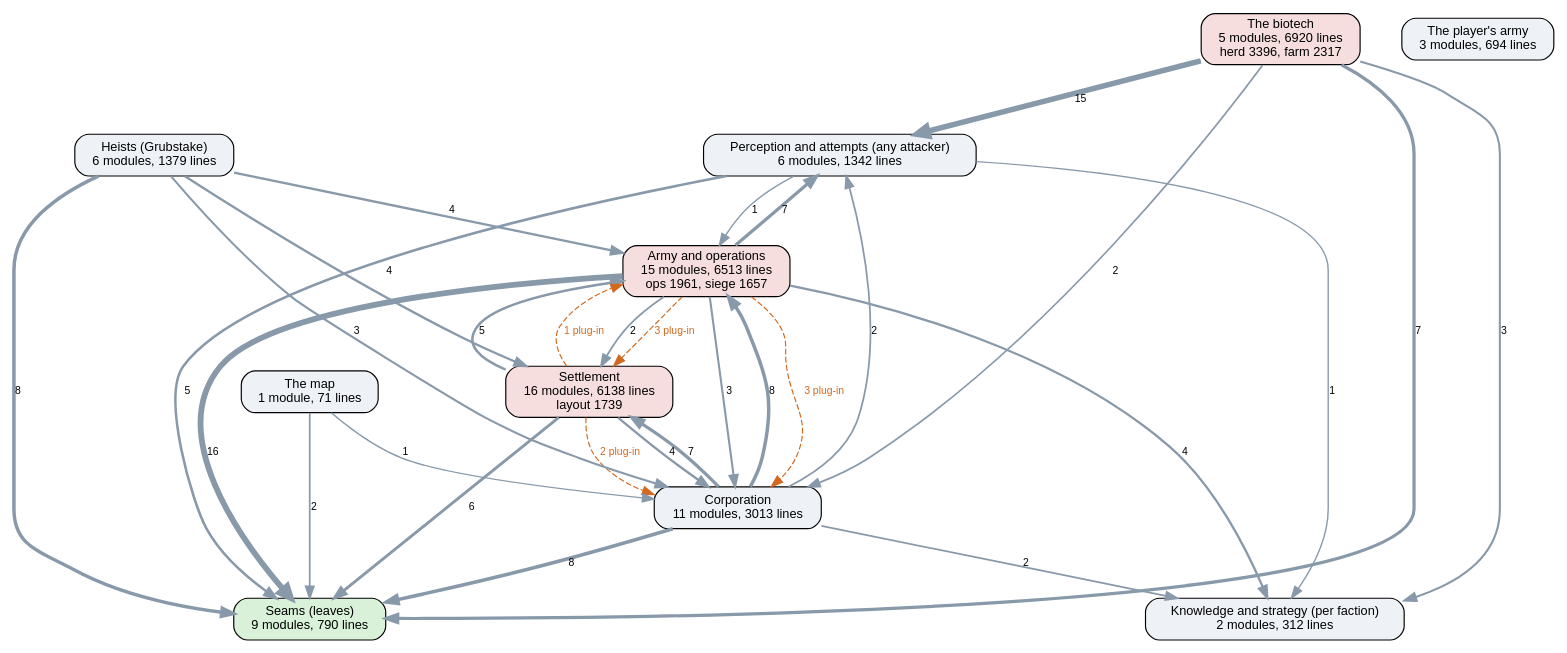
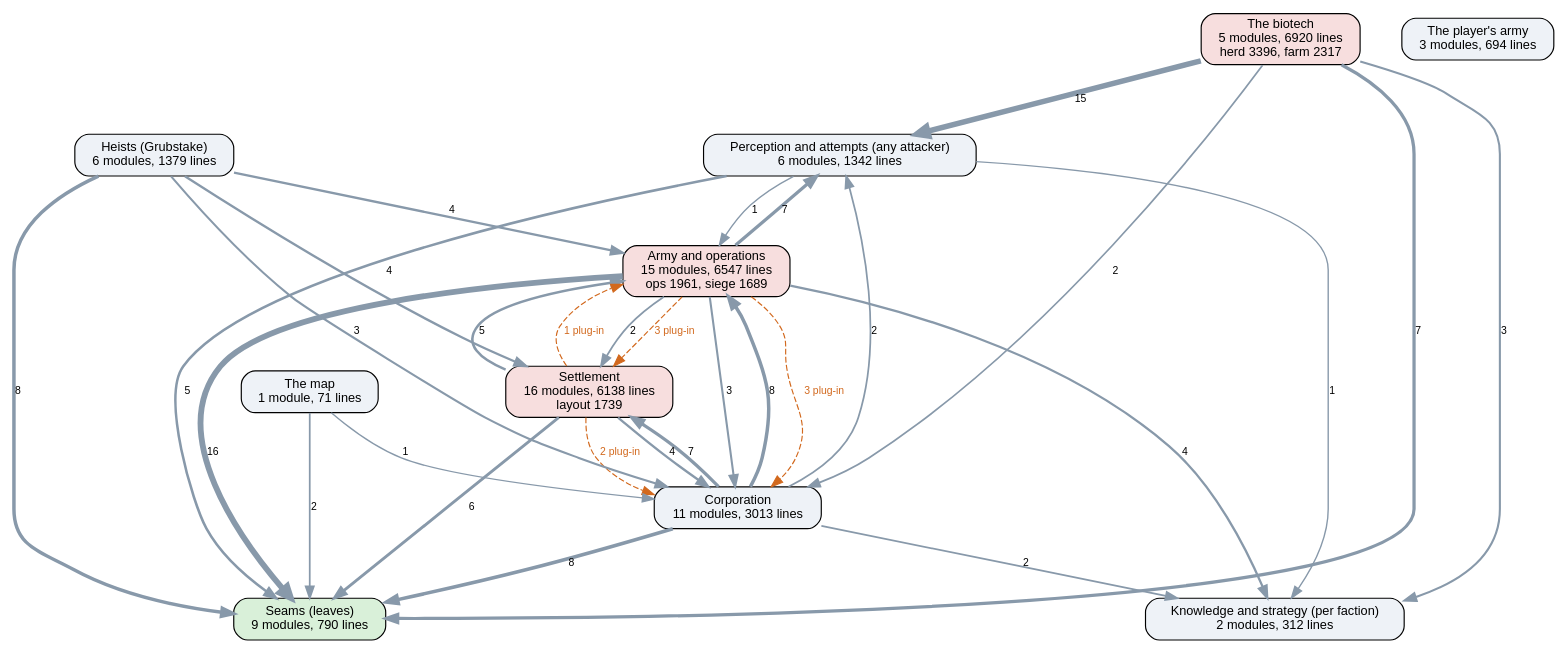
The diagram in docs/ai-layers.dot (kinelhu/landing-party), drawn with Graphviz before and after one commit. The commit also changed 10 other files, not shown here.

```diff
--- a/docs/ai-layers.dot
+++ b/docs/ai-layers.dot
@@ -1,45 +1,45 @@
 digraph layers {
   graph [rankdir=TB, fontname="Helvetica", nodesep=0.5, ranksep=0.7];
   node [shape=box, style="rounded,filled", fontname="Helvetica", fontsize=11, fillcolor="#eef2f7"];
   edge [color="#8899aa", fontname="Helvetica", fontsize=9];
   "Seams (leaves)" [label="Seams (leaves)\n9 modules, 790 lines", fillcolor="#d9f0d9"];
   "Perception and attempts (any attacker)" [label="Perception and attempts (any attacker)\n6 modules, 1342 lines", fillcolor="#eef2f7"];
   "Knowledge and strategy (per faction)" [label="Knowledge and strategy (per faction)\n2 modules, 312 lines", fillcolor="#eef2f7"];
   "Corporation" [label="Corporation\n11 modules, 3013 lines", fillcolor="#eef2f7"];
   "Settlement" [label="Settlement\n16 modules, 6138 lines\nlayout 1739", fillcolor="#f7dede"];
-  "Army and operations" [label="Army and operations\n15 modules, 6513 lines\nops 1961, siege 1657", fillcolor="#f7dede"];
+  "Army and operations" [label="Army and operations\n15 modules, 6547 lines\nops 1961, siege 1689", fillcolor="#f7dede"];
   "Heists (Grubstake)" [label="Heists (Grubstake)\n6 modules, 1379 lines", fillcolor="#eef2f7"];
   "The biotech" [label="The biotech\n5 modules, 6920 lines\nherd 3396, farm 2317", fillcolor="#f7dede"];
   "The map" [label="The map\n1 module, 71 lines", fillcolor="#eef2f7"];
   "The player's army" [label="The player's army\n3 modules, 694 lines", fillcolor="#eef2f7"];
   "Army and operations" -> "Corporation" [label="3", penwidth=1.8];
   "Army and operations" -> "Knowledge and strategy (per faction)" [label="4", penwidth=2.0];
   "Army and operations" -> "Perception and attempts (any attacker)" [label="7", penwidth=2.8];
   "Army and operations" -> "Seams (leaves)" [label="16", penwidth=5.0];
   "Army and operations" -> "Settlement" [label="2", penwidth=1.5];
   "Corporation" -> "Army and operations" [label="8", penwidth=3.0];
   "Corporation" -> "Knowledge and strategy (per faction)" [label="2", penwidth=1.5];
   "Corporation" -> "Perception and attempts (any attacker)" [label="2", penwidth=1.5];
   "Corporation" -> "Seams (leaves)" [label="8", penwidth=3.0];
   "Corporation" -> "Settlement" [label="7", penwidth=2.8];
   "Heists (Grubstake)" -> "Army and operations" [label="4", penwidth=2.0];
   "Heists (Grubstake)" -> "Corporation" [label="3", penwidth=1.8];
   "Heists (Grubstake)" -> "Seams (leaves)" [label="8", penwidth=3.0];
   "Heists (Grubstake)" -> "Settlement" [label="4", penwidth=2.0];
   "Perception and attempts (any attacker)" -> "Army and operations" [label="1", penwidth=1.2];
   "Perception and attempts (any attacker)" -> "Knowledge and strategy (per faction)" [label="1", penwidth=1.2];
   "Perception and attempts (any attacker)" -> "Seams (leaves)" [label="5", penwidth=2.2];
   "Settlement" -> "Army and operations" [label="5", penwidth=2.2];
   "Settlement" -> "Corporation" [label="4", penwidth=2.0];
   "Settlement" -> "Seams (leaves)" [label="6", penwidth=2.5];
   "The biotech" -> "Corporation" [label="2", penwidth=1.5];
   "The biotech" -> "Knowledge and strategy (per faction)" [label="3", penwidth=1.8];
   "The biotech" -> "Perception and attempts (any attacker)" [label="15", penwidth=4.8];
   "The biotech" -> "Seams (leaves)" [label="7", penwidth=2.8];
   "The map" -> "Corporation" [label="1", penwidth=1.2];
   "The map" -> "Seams (leaves)" [label="2", penwidth=1.5];
   "Army and operations" -> "Corporation" [style=dashed, color="#d2691e", fontcolor="#d2691e", label="3 plug-in"];
   "Army and operations" -> "Settlement" [style=dashed, color="#d2691e", fontcolor="#d2691e", label="3 plug-in"];
   "Settlement" -> "Army and operations" [style=dashed, color="#d2691e", fontcolor="#d2691e", label="1 plug-in"];
   "Settlement" -> "Corporation" [style=dashed, color="#d2691e", fontcolor="#d2691e", label="2 plug-in"];
 }
```
